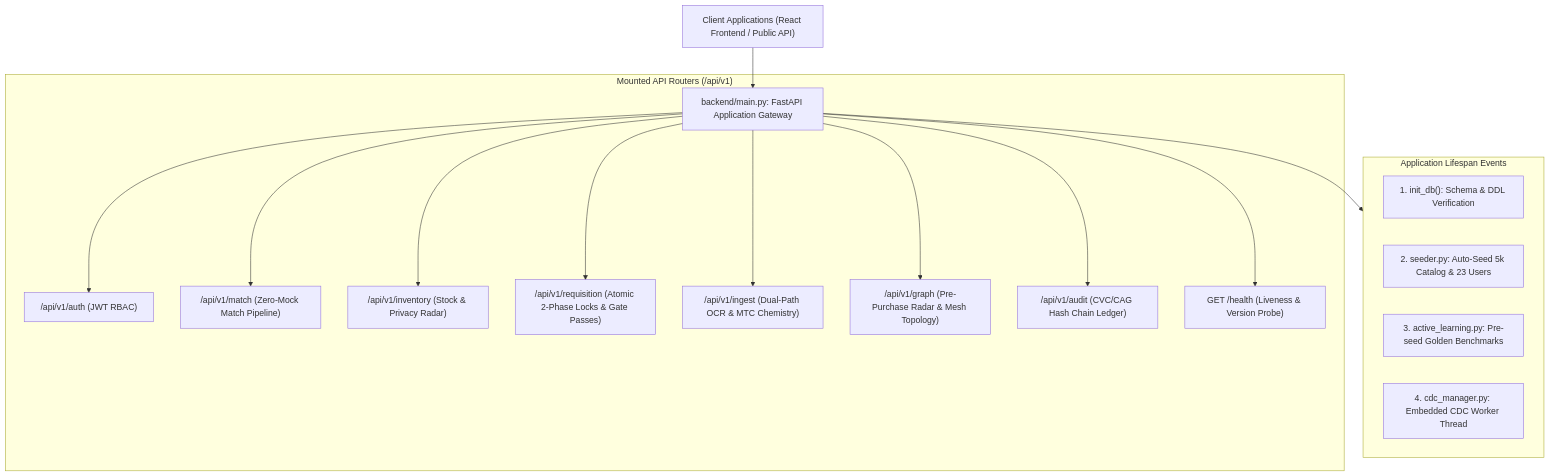
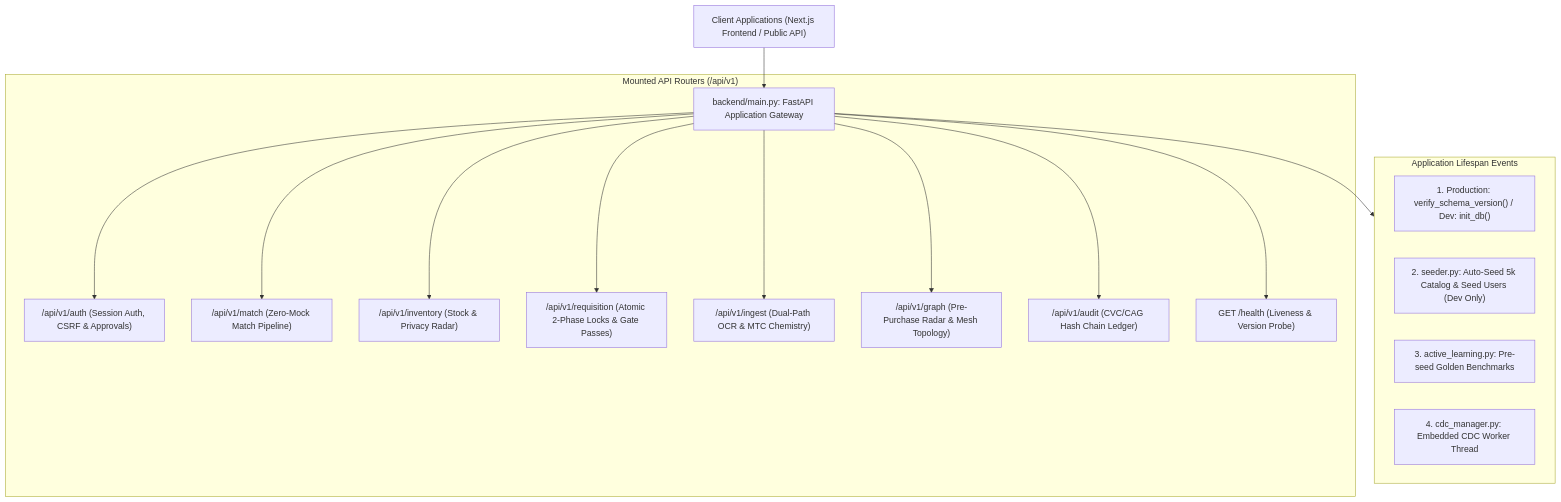
Before and after one commit to Gesicht436/Samanvay-AI: the diagram in backend/README.md, drawn with Mermaid. The commit also changed other lines of this file and 20 other files, not shown here.

First line of the commit message:
docs: update architectural documentation, security specs, and dev runbooks for enterprise auth

````diff
--- a/backend/README.md
+++ b/backend/README.md
@@ -9,24 +9,24 @@
 ```mermaid
 flowchart TD
-    Client["Client Applications (React Frontend / Public API)"] --> Gateway["backend/main.py: FastAPI Application Gateway"]
+    Client["Client Applications (Next.js Frontend / Public API)"] --> Gateway["backend/main.py: FastAPI Application Gateway"]
 
     subgraph LifespanLifecycle["Application Lifespan Events"]
-        InitDB["1. init_db(): Schema & DDL Verification"]
-        AutoSeed["2. seeder.py: Auto-Seed 5k Catalog & 23 Users"]
+        InitDB["1. Production: verify_schema_version() / Dev: init_db()"]
+        AutoSeed["2. seeder.py: Auto-Seed 5k Catalog & Seed Users (Dev Only)"]
         SeedAL["3. active_learning.py: Pre-seed Golden Benchmarks"]
         StartCDC["4. cdc_manager.py: Embedded CDC Worker Thread"]
     end
 
     Gateway --> LifespanLifecycle
 
     subgraph MountedRouters["Mounted API Routers (/api/v1)"]
-        Gateway --> R_Auth["/api/v1/auth (JWT RBAC)"]
+        Gateway --> R_Auth["/api/v1/auth (Session Auth, CSRF & Approvals)"]
         Gateway --> R_Match["/api/v1/match (Zero-Mock Match Pipeline)"]
         Gateway --> R_Inv["/api/v1/inventory (Stock & Privacy Radar)"]
         Gateway --> R_Req["/api/v1/requisition (Atomic 2-Phase Locks & Gate Passes)"]
         Gateway --> R_Ingest["/api/v1/ingest (Dual-Path OCR & MTC Chemistry)"]
         Gateway --> R_Graph["/api/v1/graph (Pre-Purchase Radar & Mesh Topology)"]
         Gateway --> R_Audit["/api/v1/audit (CVC/CAG Hash Chain Ledger)"]
         Gateway --> R_Health["GET /health (Liveness & Version Probe)"]
     end
 ```
````
